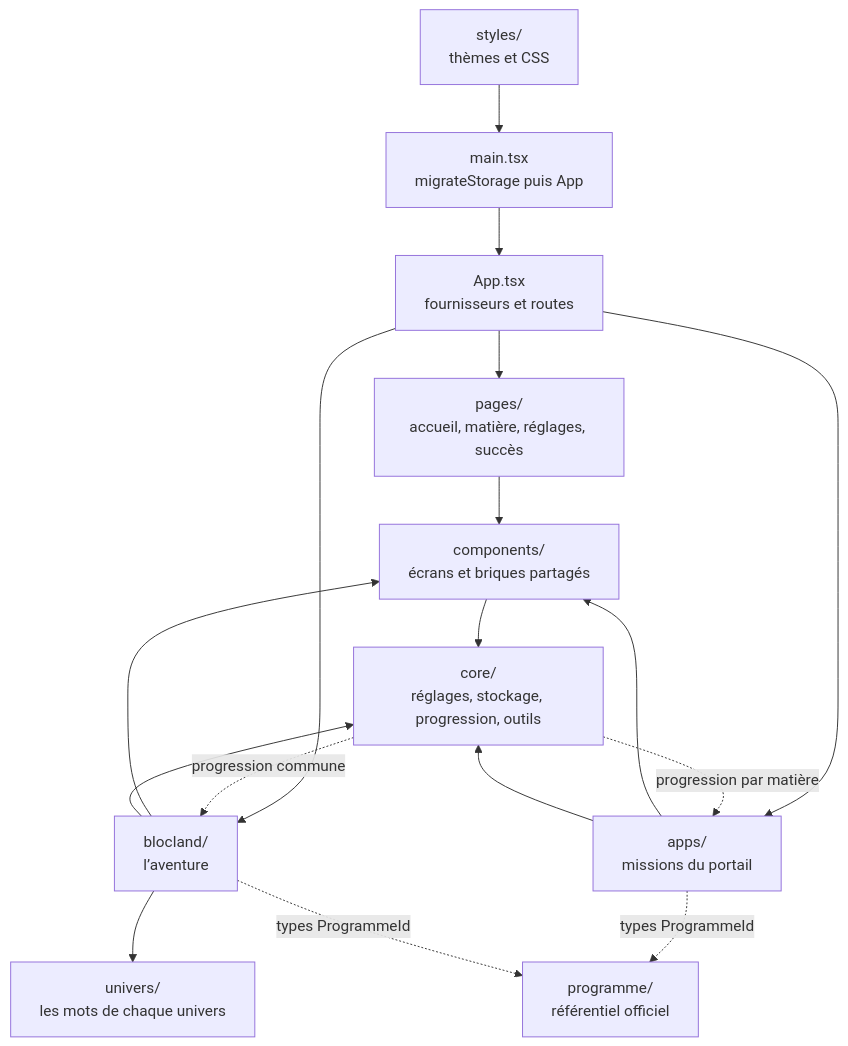
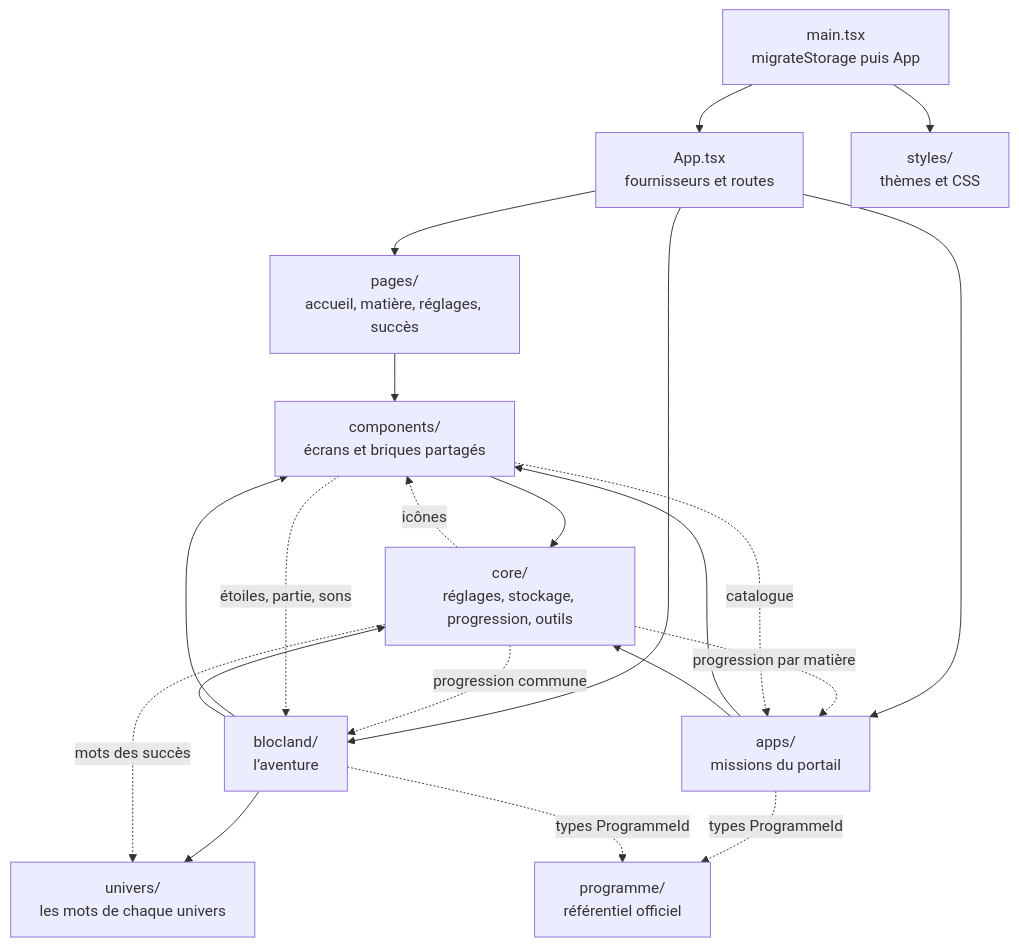
One commit to g7ed6e/dysapps changed the second of 4 diagrams in docs/architecture/index.md. Above: the diagram before and after it, drawn with Mermaid. The commit also changed other lines of this file and 1 other file, not shown here.

Commit message:
Corrige les dépendances décrites dans docs/architecture
Retouches de la relecture du code : components/ lit le jeu dans plusieurs
fichiers, core/ lit components/ et univers/, main.tsx importe styles/, un
univers peut lire le dessin ; dernier lien vers l'ancienne page Architecture.

````diff
--- a/docs/architecture/index.md
+++ b/docs/architecture/index.md
@@ -38,19 +38,23 @@
 ```mermaid
 flowchart TD
   main[main.tsx<br/>migrateStorage puis App] --> App[App.tsx<br/>fournisseurs et routes]
   App --> pages[pages/<br/>accueil, matière, réglages, succès]
   App --> blocland[blocland/<br/>l’aventure]
   App --> apps[apps/<br/>missions du portail]
   pages --> components[components/<br/>écrans et briques partagés]
   apps --> components
   blocland --> components
   blocland --> univers[univers/<br/>les mots de chaque univers]
   components --> core[core/<br/>réglages, stockage, progression, outils]
   blocland --> core
   apps --> core
   core -. progression commune .-> blocland
   core -. progression par matière .-> apps
+  core -. icônes .-> components
+  core -. mots des succès .-> univers
+  components -. étoiles, partie, sons .-> blocland
+  components -. catalogue .-> apps
   apps -. types ProgrammeId .-> programme[programme/<br/>référentiel officiel]
   blocland -. types ProgrammeId .-> programme
-  styles[styles/<br/>thèmes et CSS] --> main
+  main --> styles[styles/<br/>thèmes et CSS]
 ```
````
